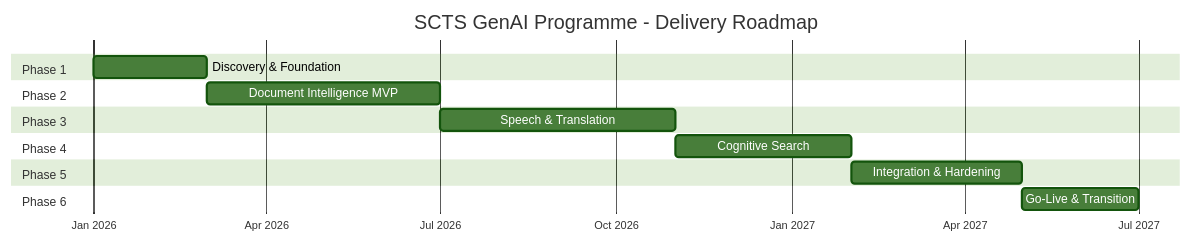
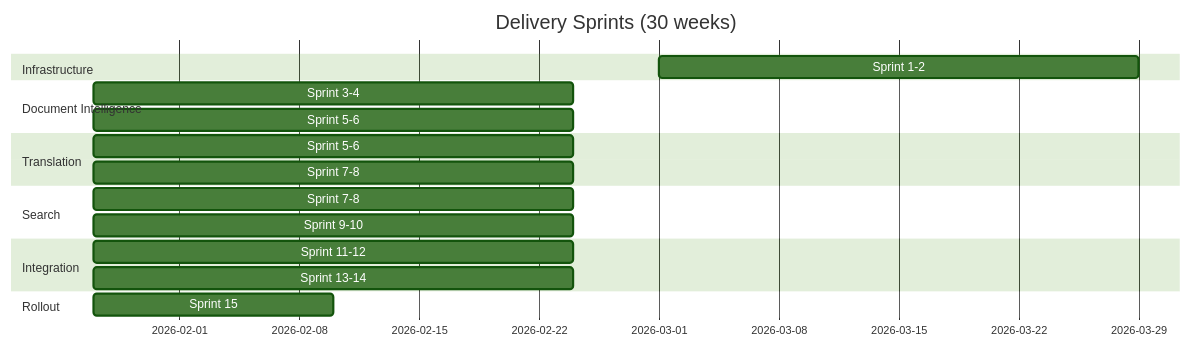
One commit to tractorjuice/arckit-test-project-v14-scottish-courts changed the seventh of 10 diagrams in projects/001-scts-genai-programme/PROJECT-STORY.md. Above: the diagram before and after it, drawn with Mermaid (forest theme). The commit also changed other lines of this file, not shown here.

First line of the commit message:
docs: update PROJECT-STORY.md to v2.0 with comprehensive timeline analysis

````diff
--- a/projects/001-scts-genai-programme/PROJECT-STORY.md
+++ b/projects/001-scts-genai-programme/PROJECT-STORY.md
@@ -887,24 +669,27 @@
 ```mermaid
 gantt
-    title SCTS GenAI Programme - Delivery Roadmap
-    dateFormat YYYY-MM
-    axisFormat %b %Y
+    title Delivery Sprints (30 weeks)
+    dateFormat YYYY-MM-DD
 
-    section Phase 1
-    Discovery & Foundation    :2026-01, 2M
+    section Infrastructure
+    Sprint 1-2: Platform Setup    :s1, 2026-03-01, 4w
 
-    section Phase 2
-    Document Intelligence MVP :2026-03, 4M
+    section Document Intelligence
+    Sprint 3-4: Doc Classification  :s3, after s1, 4w
+    Sprint 5-6: Entity Extraction   :s5, after s3, 4w
 
-    section Phase 3
-    Speech & Translation      :2026-07, 4M
+    section Translation
+    Sprint 5-6: Speech Services     :t1, after s3, 4w
+    Sprint 7-8: Translation         :t2, after t1, 4w
 
-    section Phase 4
-    Cognitive Search         :2026-11, 3M
+    section Search
+    Sprint 7-8: Search Index        :sr1, after s5, 4w
+    Sprint 9-10: Semantic Search    :sr2, after sr1, 4w
 
-    section Phase 5
-    Integration & Hardening  :2027-02, 3M
+    section Integration
+    Sprint 11-12: CMS Integration   :i1, after sr2, 4w
+    Sprint 13-14: UAT               :i2, after i1, 4w
 
-    section Phase 6
-    Go-Live & Transition     :2027-05, 2M
+    section Rollout
+    Sprint 15: Go-Live              :r1, after i2, 2w
 ```
````
